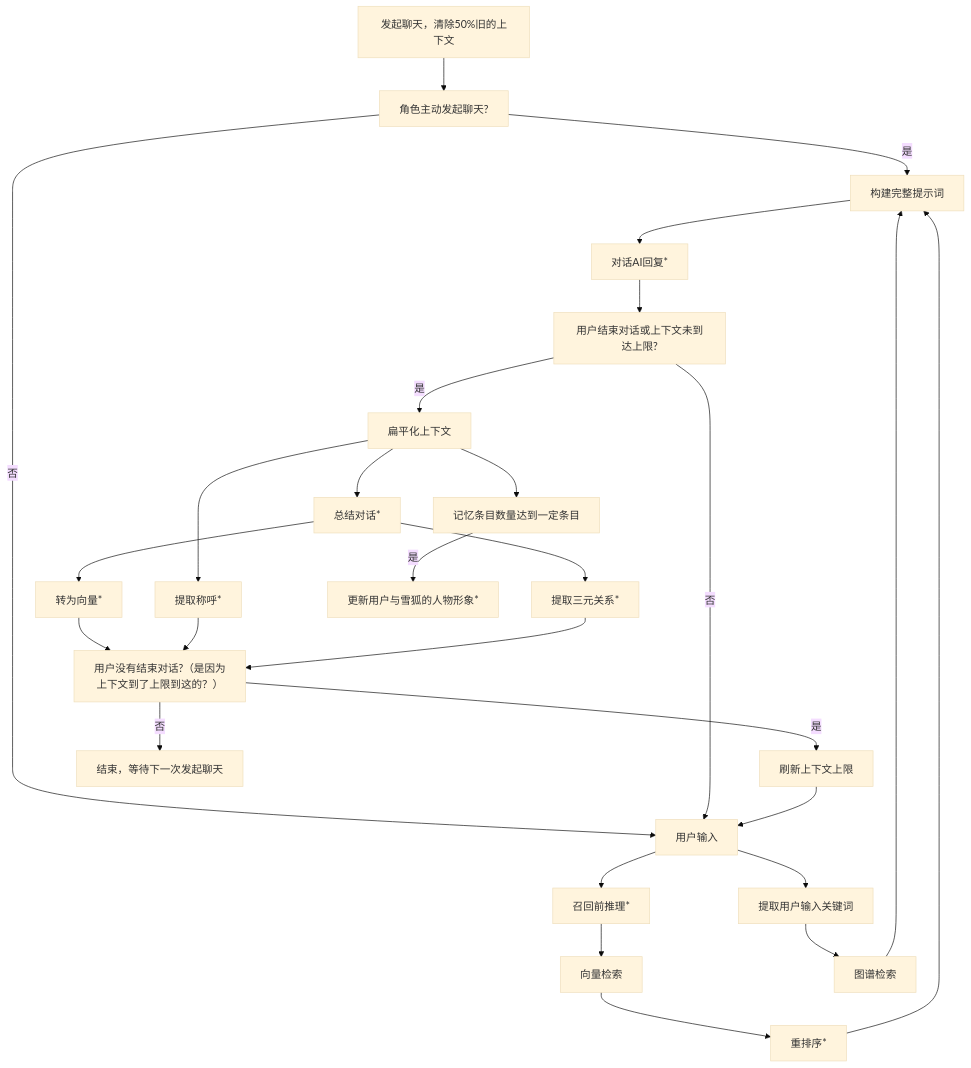
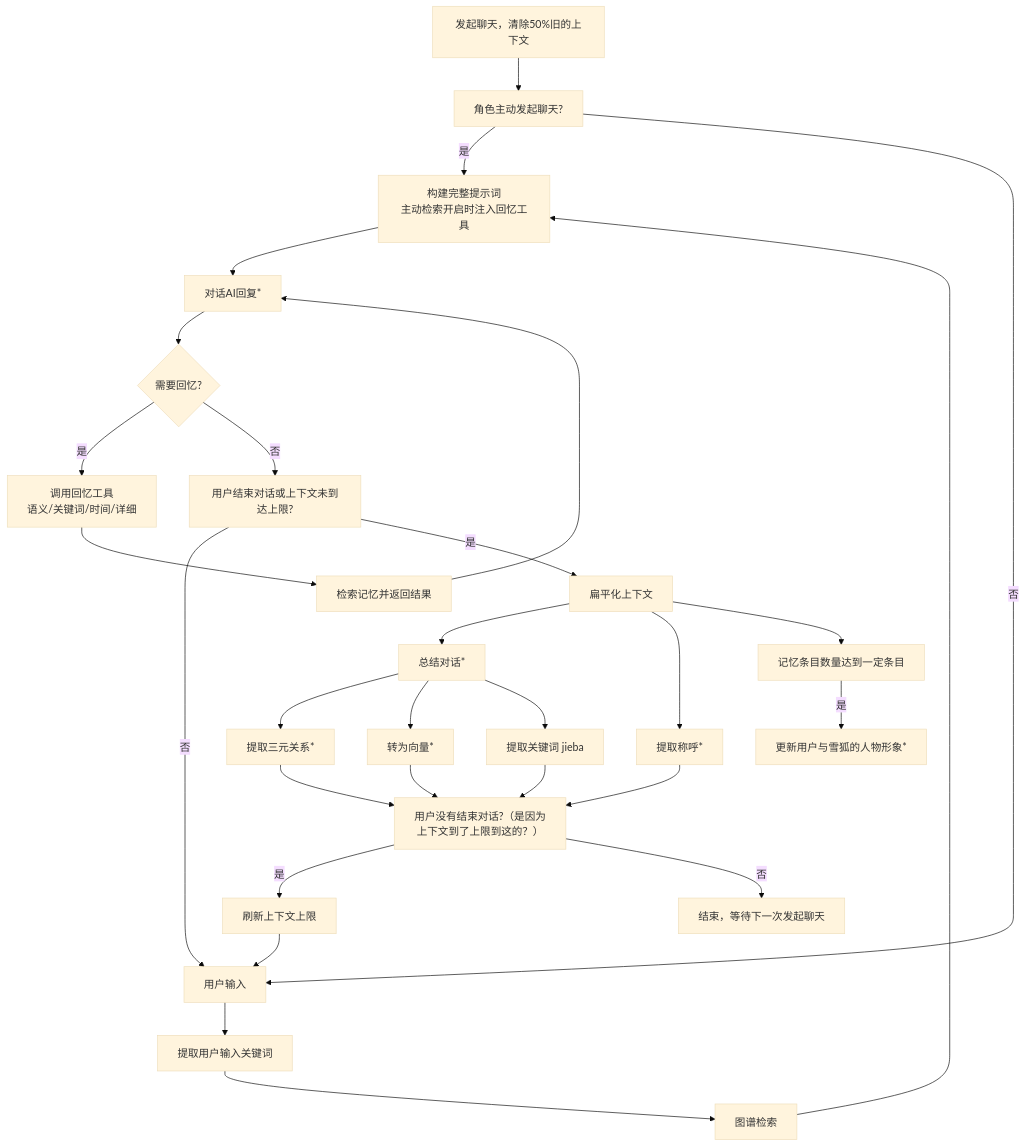
Before and after one commit to awaCollei/CABM-ED: the diagram in docs/关于记忆力的说明.md, drawn with Mermaid (base theme). The commit also changed other lines of this file and 15 other files, not shown here.

````diff
--- a/docs/关于记忆力的说明.md
+++ b/docs/关于记忆力的说明.md
@@ -18,29 +20,31 @@
 ```mermaid
 flowchart TD
     A[发起聊天，清除50%旧的上下文] --> B[角色主动发起聊天?]
     B -- 是 --> H
     B -- 否 --> D[用户输入]
-    D --> F1[召回前推理*]
-    F1 --> F2[向量检索]
-    F2 --> F[重排序*]
     D --> E[提取用户输入关键词]
     E --> G[图谱检索]
-    F --> H[构建完整提示词]
-    G --> H
+    G --> H[构建完整提示词<br/>主动检索开启时注入回忆工具]
     H --> I[对话AI回复*]
-    I --> J[用户结束对话或上下文未到达上限?]
+    I --> I1{需要回忆?}
+    I1 -- 是 --> I2[调用回忆工具<br/>语义/关键词/时间/详细]
+    I2 --> I3[检索记忆并返回结果]
+    I3 --> I
+    I1 -- 否 --> J[用户结束对话或上下文未到达上限?]
     J -- 否 --> D
     J -- 是 --> K[扁平化上下文]
     K --> L[总结对话*]
     K --> M[提取称呼*]
     L --> N[提取三元关系*]
     L --> T[转为向量*]
+    L --> T2[提取关键词 jieba]
     T --> P
+    T2 --> P
     K --> O[记忆条目数量达到一定条目]
     O --是--> S[更新用户与雪狐的人物形象*]
     M --> P[用户没有结束对话?（是因为上下文到了上限到这的？）]
     N --> P
     P -- 是 --> Q[刷新上下文上限]
     Q --> D
     P -- 否 --> R[结束，等待下一次发起聊天]
 ```
````
